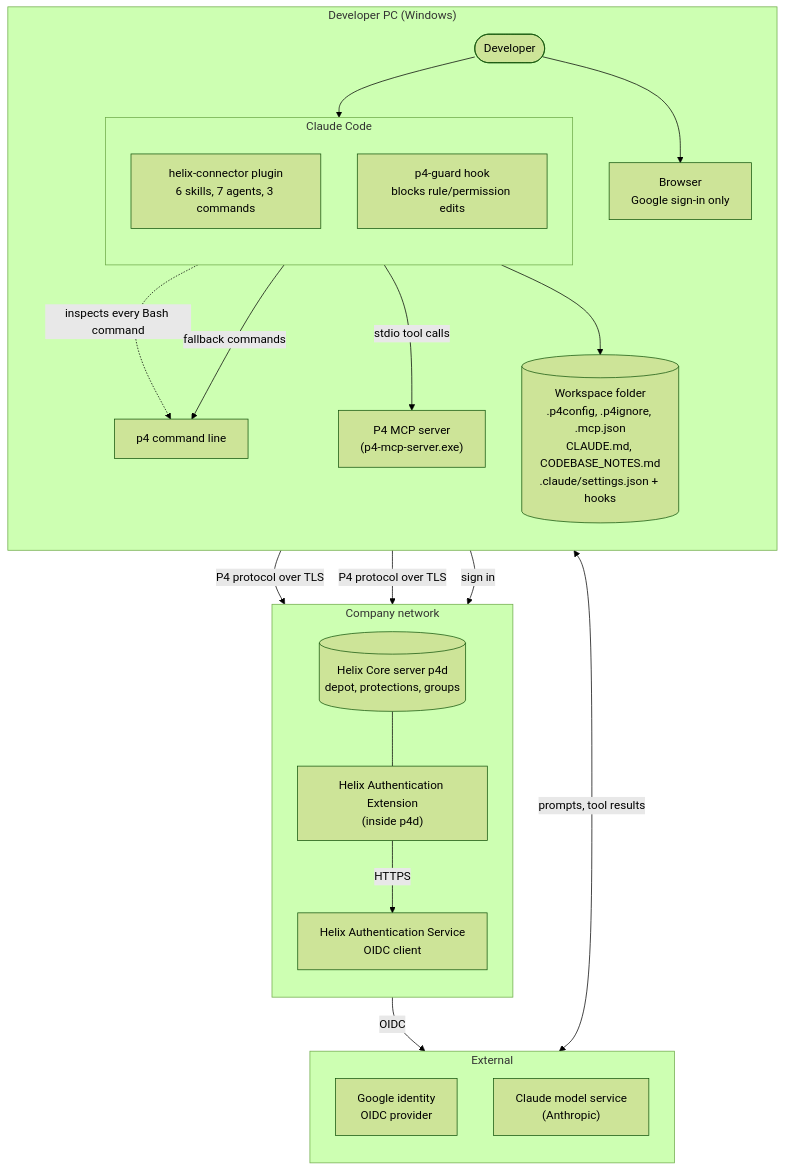
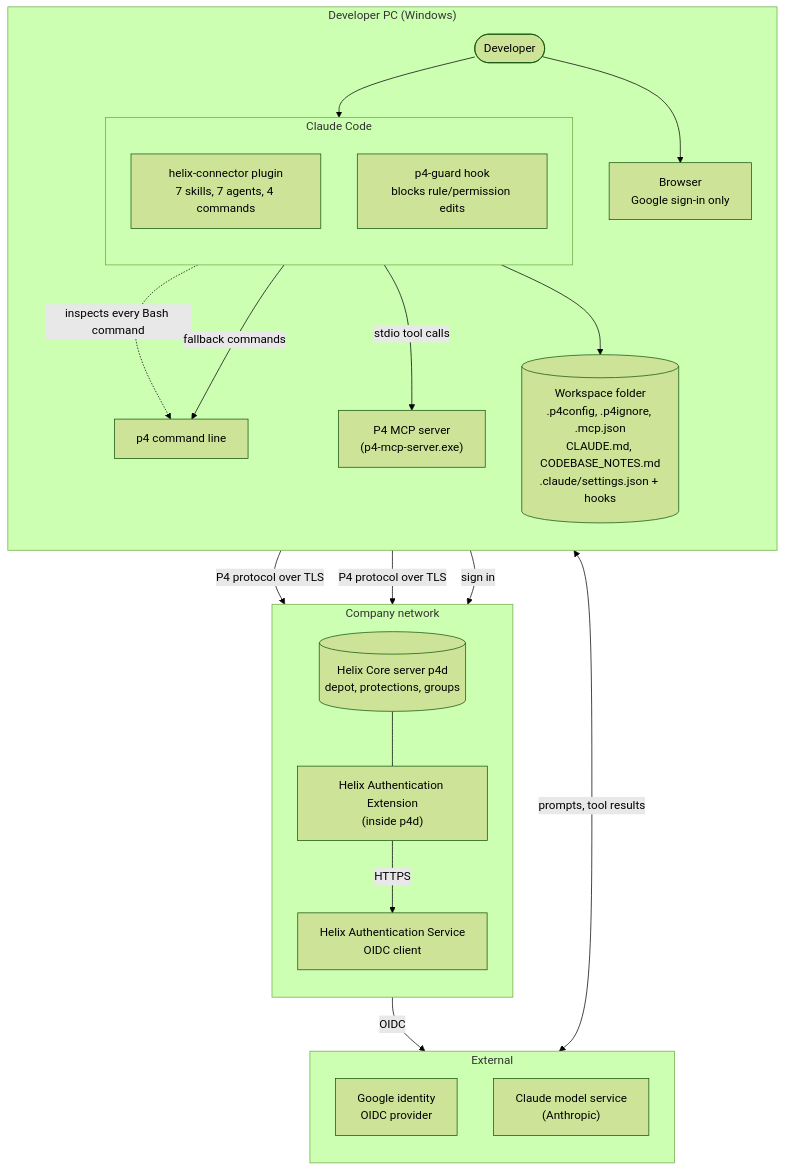
Before and after one commit to arizlan17/claude-helix-connector: the first of 6 diagrams in docs/existing-workspace/01-system-boundary-and-integration.md, drawn with Mermaid (forest theme). The commit also changed other lines of this file and 4 other files, not shown here.

````diff
--- a/docs/existing-workspace/01-system-boundary-and-integration.md
+++ b/docs/existing-workspace/01-system-boundary-and-integration.md
@@ -9,43 +9,43 @@
 ```mermaid
 flowchart TB
     subgraph PC["Developer PC (Windows)"]
         direction TB
         DEV(["Developer"])
         BR["Browser<br/>Google sign-in only"]
         subgraph CC["Claude Code"]
             direction TB
-            PLUG["helix-connector plugin<br/>6 skills, 7 agents, 3 commands"]
+            PLUG["helix-connector plugin<br/>7 skills, 7 agents, 4 commands"]
             HOOK["p4-guard hook<br/>blocks rule/permission edits"]
         end
         MCP["P4 MCP server<br/>(p4-mcp-server.exe)"]
         CLI["p4 command line"]
         WS[("Workspace folder<br/>.p4config, .p4ignore, .mcp.json<br/>CLAUDE.md, CODEBASE_NOTES.md<br/>.claude/settings.json + hooks")]
     end
 
     subgraph NET["Company network"]
         direction TB
         P4D[("Helix Core server p4d<br/>depot, protections, groups")]
         EXT["Helix Authentication Extension<br/>(inside p4d)"]
         HAS["Helix Authentication Service<br/>OIDC client"]
     end
 
     subgraph EXTN["External"]
         direction TB
         GOOG["Google identity<br/>OIDC provider"]
         ANTH["Claude model service<br/>(Anthropic)"]
     end
 
     DEV --> CC
     CC <-->|"prompts, tool results"| ANTH
     CC -->|"stdio tool calls"| MCP
     CC -->|"fallback commands"| CLI
     CC --> WS
     HOOK -.->|"inspects every Bash command"| CLI
     MCP -->|"P4 protocol over TLS"| P4D
     CLI -->|"P4 protocol over TLS"| P4D
     P4D --- EXT
     EXT -->|"HTTPS"| HAS
     HAS -->|"OIDC"| GOOG
     BR -->|"sign in"| HAS
     DEV --> BR
 ```
````
